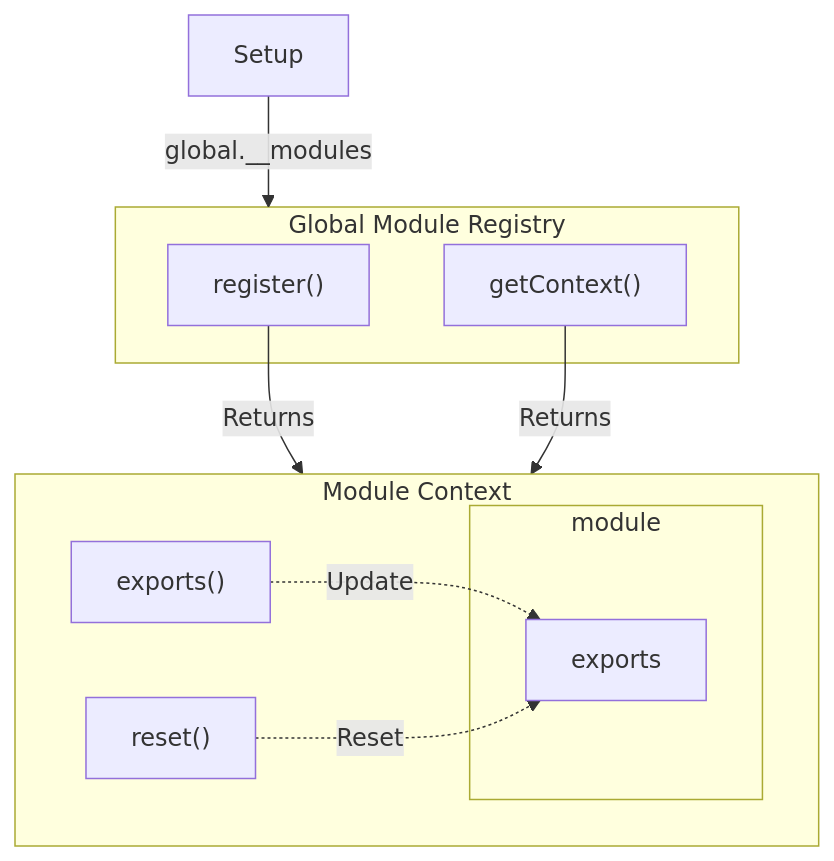
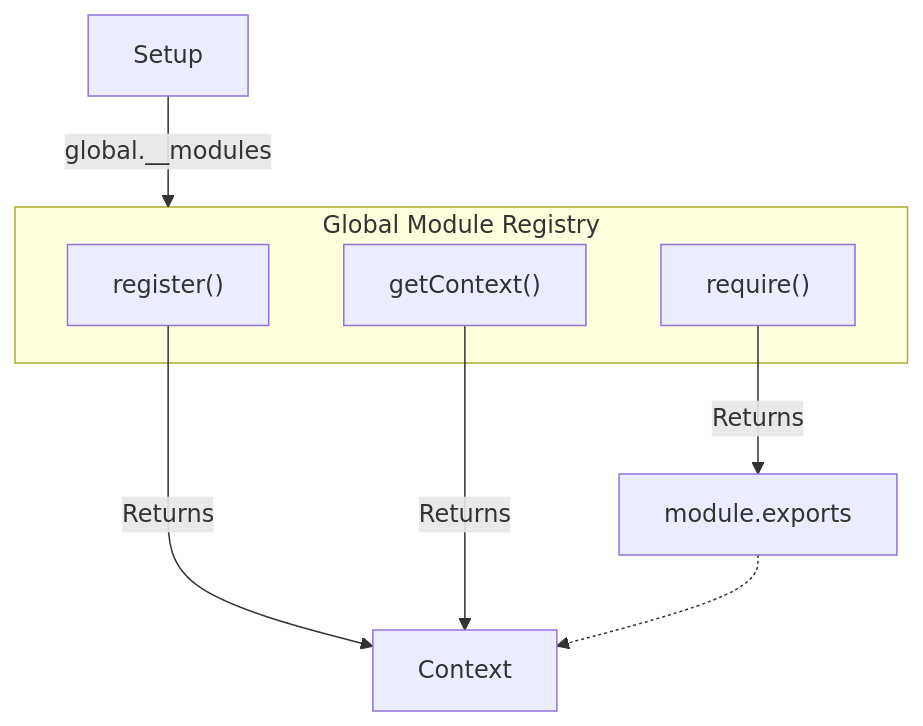
The first of 2 diagrams in packages/runtime/SPECIFICATION.md (leegeunhyeok/global-modules), drawn with Mermaid before and after one commit. The commit also changed other lines of this file and 4 other files, not shown here.

````diff
--- a/packages/runtime/SPECIFICATION.md
+++ b/packages/runtime/SPECIFICATION.md
@@ -5,25 +5,16 @@
 ```mermaid
-flowchart TD
+flowchart
     Setup --> |global.__modules| Registry
 
     subgraph Registry["Global Module Registry"]
     Reg["register()"]
     Get["getContext()"]
-    end
-
-    subgraph Context["Module Context"]
-    direction LR
-    Exp["exports()"]
-    Rst["reset()"]
-
-        subgraph Module["module"]
-        Exports["exports"]
-        end
-
-    Exp -. Update .-> Exports
-    Rst -. Reset .-> Exports
+    Req["require()"]
     end
 
     Reg -- Returns --> Context
     Get -- Returns --> Context
+    Req -- Returns --> Exports["module.exports"]
+
+    Exports -.-> Context
 ```
````
